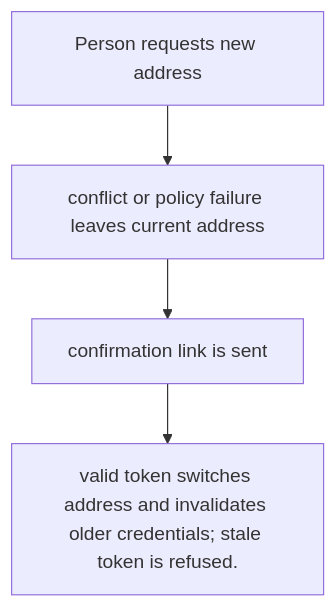
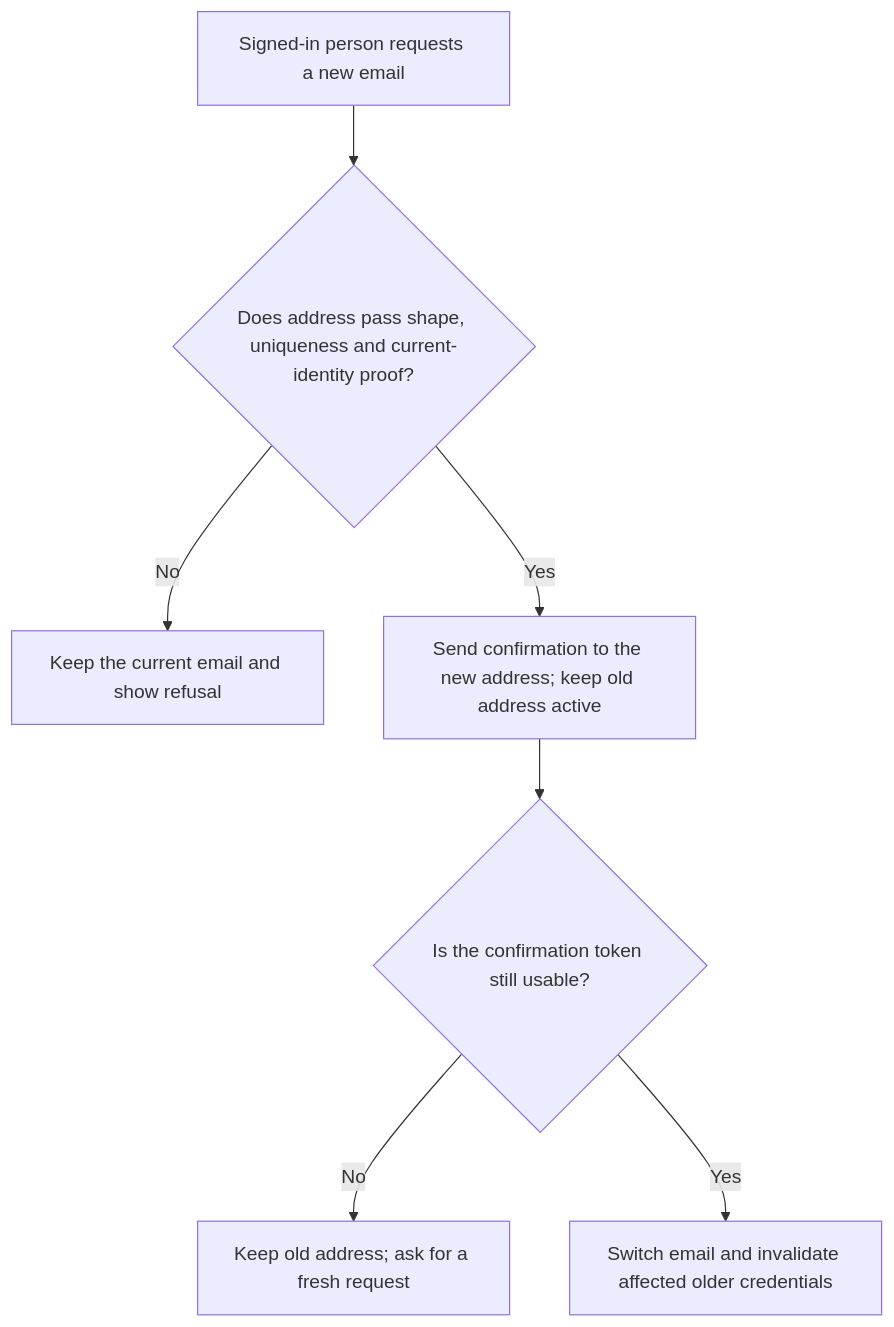
One commit to Kevinjohn/oss-adonisjs-account-kit changed the first of 2 diagrams in user-stories/US-ACCOUNT-06-change-email.md. Above: the diagram before and after it, drawn with Mermaid. The commit also changed other lines of this file and 17 other files, not shown here.

````diff
--- a/user-stories/US-ACCOUNT-06-change-email.md
+++ b/user-stories/US-ACCOUNT-06-change-email.md
@@ -20,10 +18,9 @@
 ```mermaid
 flowchart TD
-    U0["Person requests new address"]
-    U1["conflict or policy failure leaves current address"]
-    U0 --> U1
-    U2["confirmation link is sent"]
-    U1 --> U2
-    U3["valid token switches address and invalidates older credentials; stale token is refused."]
-    U2 --> U3
+ A["Signed-in person requests a new email"] --> B{"Does address pass shape, uniqueness and current-identity proof?"}
+ B -->|No| C["Keep the current email and show refusal"]
+ B -->|Yes| D["Send confirmation to the new address; keep old address active"]
+ D --> E{"Is the confirmation token still usable?"}
+ E -->|No| F["Keep old address; ask for a fresh request"]
+ E -->|Yes| G["Switch email and invalidate affected older credentials"]
 ```
````
